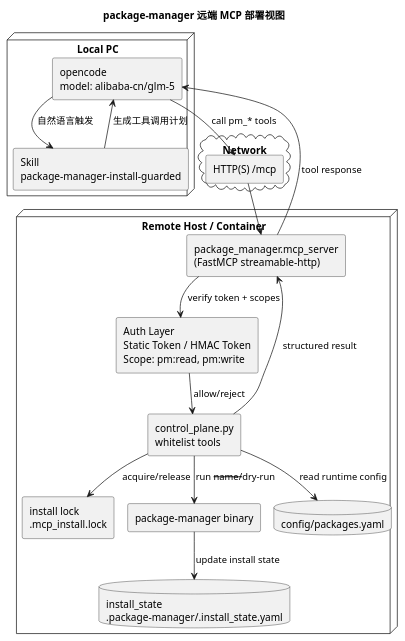
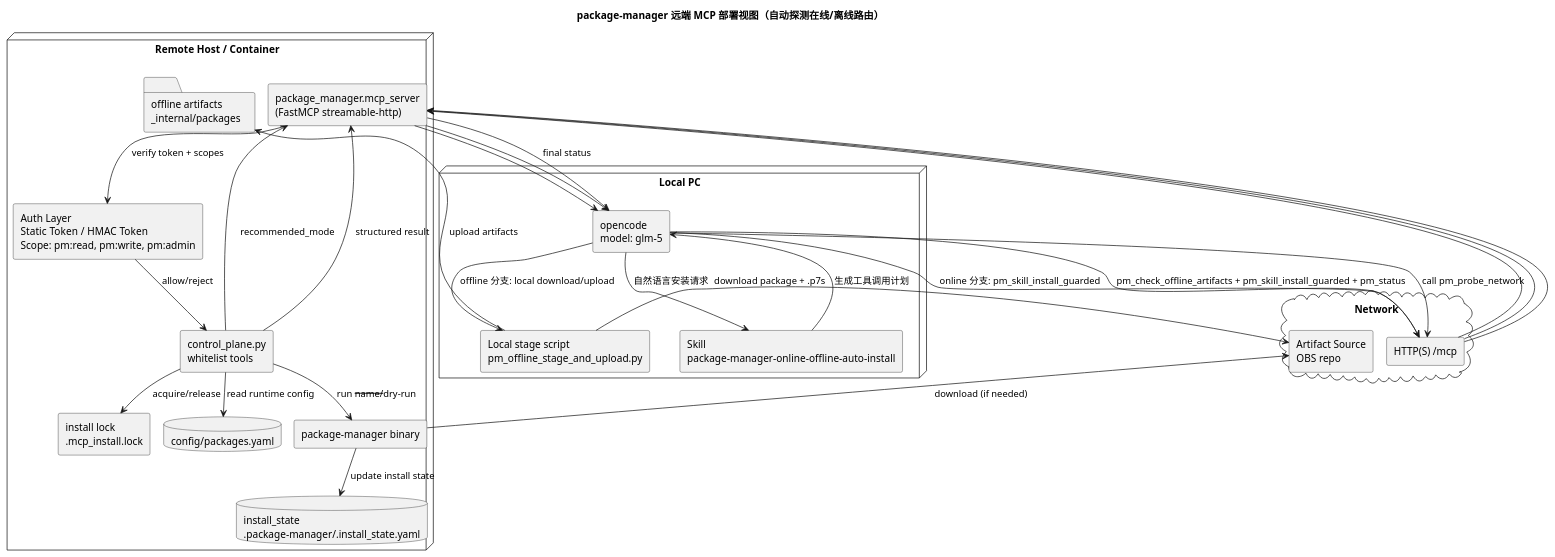
One commit to F350150/package changed the diagram in docs/puml/mcp_remote_deployment_view.puml. Above: the diagram before and after it, drawn with PlantUML. The commit also changed 16 other files, not shown here.

Commit message:
feat: add auto online/offline install routing and offline staging flow

```diff
--- a/docs/puml/mcp_remote_deployment_view.puml
+++ b/docs/puml/mcp_remote_deployment_view.puml
@@ -1,40 +1,56 @@
 @startuml
 !pragma layout smetana
 skinparam componentStyle rectangle
 skinparam packageStyle rectangle
 
-title package-manager 远端 MCP 部署视图
+title package-manager 远端 MCP 部署视图（自动探测在线/离线路由）
 
 node "Local PC" {
-  [opencode\nmodel: alibaba-cn/glm-5] as OpenCode
-  [Skill\npackage-manager-install-guarded] as Skill
+  [opencode\nmodel: glm-5] as OpenCode
+  [Skill\npackage-manager-online-offline-auto-install] as Skill
+  [Local stage script\npm_offline_stage_and_upload.py] as Stage
 }
 
 cloud "Network" {
   [HTTP(S) /mcp] as Net
+  [Artifact Source\nOBS repo] as Repo
 }
 
 node "Remote Host / Container" {
   [package_manager.mcp_server\n(FastMCP streamable-http)] as MCP
-  [Auth Layer\nStatic Token / HMAC Token\nScope: pm:read, pm:write] as Auth
+  [Auth Layer\nStatic Token / HMAC Token\nScope: pm:read, pm:write, pm:admin] as Auth
   [control_plane.py\nwhitelist tools] as CP
   [install lock\n.mcp_install.lock] as Lock
   [package-manager binary] as Bin
   database "install_state\n.package-manager/.install_state.yaml" as State
   database "config/packages.yaml" as Cfg
+  folder "offline artifacts\n_internal/packages" as OfflinePkg
 }
 
-OpenCode --> Skill : 自然语言触发
+OpenCode --> Skill : 自然语言安装请求
 Skill --> OpenCode : 生成工具调用计划
-OpenCode --> Net : call pm_* tools
+OpenCode --> Net : call pm_probe_network
 Net --> MCP
 MCP --> Auth : verify token + scopes
 Auth --> CP : allow/reject
 CP --> Cfg : read runtime config
+CP --> MCP : recommended_mode
+MCP --> OpenCode
+
+OpenCode --> Net : online 分支: pm_skill_install_guarded
+Net --> MCP
 CP --> Lock : acquire/release
 CP --> Bin : run --name/--dry-run
+Bin --> Repo : download (if needed)
 Bin --> State : update install state
 CP --> MCP : structured result
-MCP --> OpenCode : tool response
+MCP --> OpenCode
+
+OpenCode --> Stage : offline 分支: local download/upload
+Stage --> Repo : download package + .p7s
+Stage --> OfflinePkg : upload artifacts
+OpenCode --> Net : pm_check_offline_artifacts + pm_skill_install_guarded + pm_status
+Net --> MCP
+MCP --> OpenCode : final status
 
 @enduml
```
